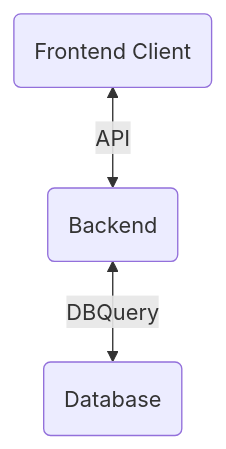
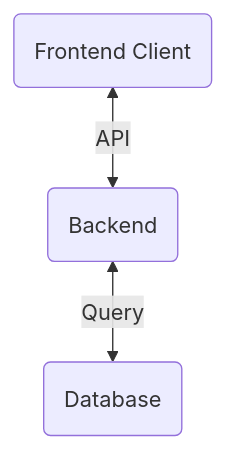
The fourth of 10 diagrams in slides.md (EkaanshArora/fullstack-typesafety-deck), drawn with Mermaid before and after one commit. The commit also changed other lines of this file and 1 other file, not shown here.

````diff
--- a/slides.md
+++ b/slides.md
@@ -143,6 +143,6 @@
 ```mermaid
 
 flowchart BT
-id1(Database) <-- DBQuery --> id2(Backend) <-- API --> id3(Frontend Client)
+id1(Database) <-- Query --> id2(Backend) <-- API --> id3(Frontend Client)
 
 ```
````
